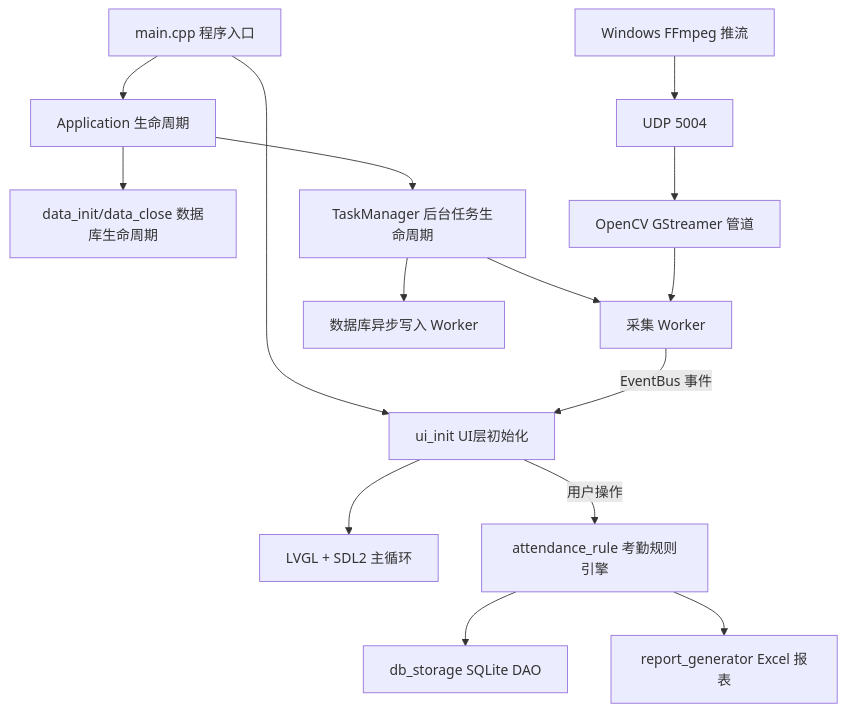
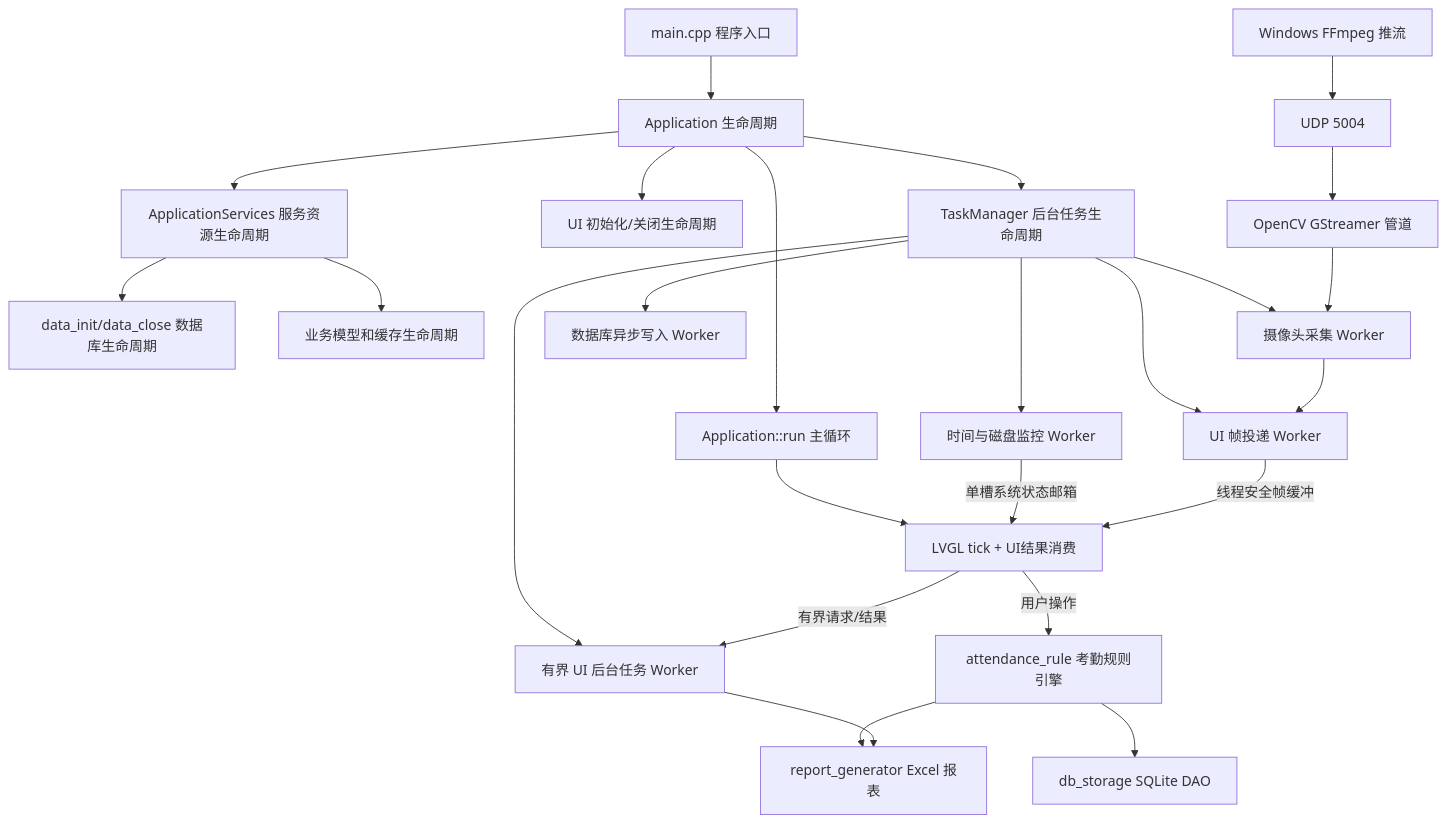
One commit to Drunk552/SmartAttendance changed the diagram in README.md. Above: the diagram before and after it, drawn with Mermaid. The commit also changed other lines of this file and 56 other files, not shown here.

````diff
--- a/README.md
+++ b/README.md
@@ -330,20 +329,30 @@
 ```mermaid
 graph TD
     A[main.cpp 程序入口] --> B[Application 生命周期]
-    B --> C[data_init/data_close 数据库生命周期]
-    A --> D[ui_init UI层初始化]
+    B --> AS[ApplicationServices 服务资源生命周期]
+    AS --> C[data_init/data_close 数据库生命周期]
+    AS --> S[业务模型和缓存生命周期]
+    B --> D[UI 初始化/关闭生命周期]
     B --> E[TaskManager 后台任务生命周期]
+    B --> F[Application::run 主循环]
 
-    D --> F[LVGL + SDL2 主循环]
-    E --> G[采集 Worker]
-    E --> H[数据库异步写入 Worker]
+    F --> R[LVGL tick + UI结果消费]
+    E --> G[时间与磁盘监控 Worker]
+    E --> H[有界 UI 后台任务 Worker]
+    E --> I[UI 帧投递 Worker]
+    E --> J[摄像头采集 Worker]
+    E --> K[数据库异步写入 Worker]
 
-    I[Windows FFmpeg 推流] --> J[UDP 5004]
-    J --> K[OpenCV GStreamer 管道]
-    K --> G
+    L[Windows FFmpeg 推流] --> M[UDP 5004]
+    M --> N[OpenCV GStreamer 管道]
+    N --> J
+    J --> I
 
-    G -->|EventBus 事件| D
-    D -->|用户操作| L[attendance_rule 考勤规则引擎]
-    L --> M[db_storage SQLite DAO]
-    L --> N[report_generator Excel 报表]
+    G -->|单槽系统状态邮箱| R
+    I -->|线程安全帧缓冲| R
+    R -->|有界请求/结果| H
+    R -->|用户操作| O[attendance_rule 考勤规则引擎]
+    O --> P[db_storage SQLite DAO]
+    O --> Q[report_generator Excel 报表]
+    H --> Q
 ```
````
